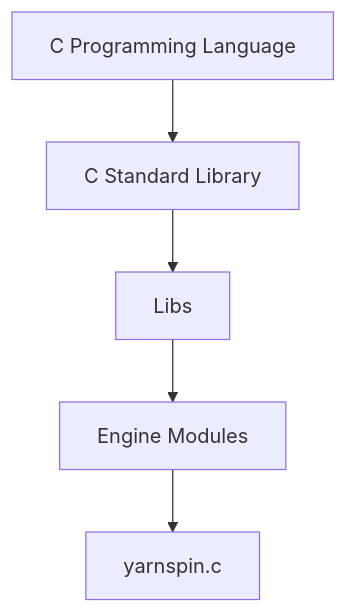
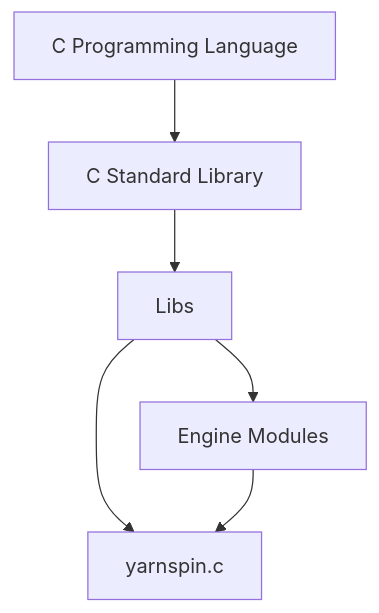
Before and after one commit to aganm/yarnspin: the diagram in docs/programmer.md, drawn with Mermaid.

````diff
--- a/docs/programmer.md
+++ b/docs/programmer.md
@@ -147,7 +147,8 @@
 ```mermaid
  graph TD;
     A[C Programming Language] --> B[C Standard Library];
     B[C Standard Library] --> C[Libs];
     C[Libs] --> D[Engine Modules];
+    C[Libs] --> E[yarnspin.c];
     D[Engine Modules] --> E[yarnspin.c];
 ```
````
